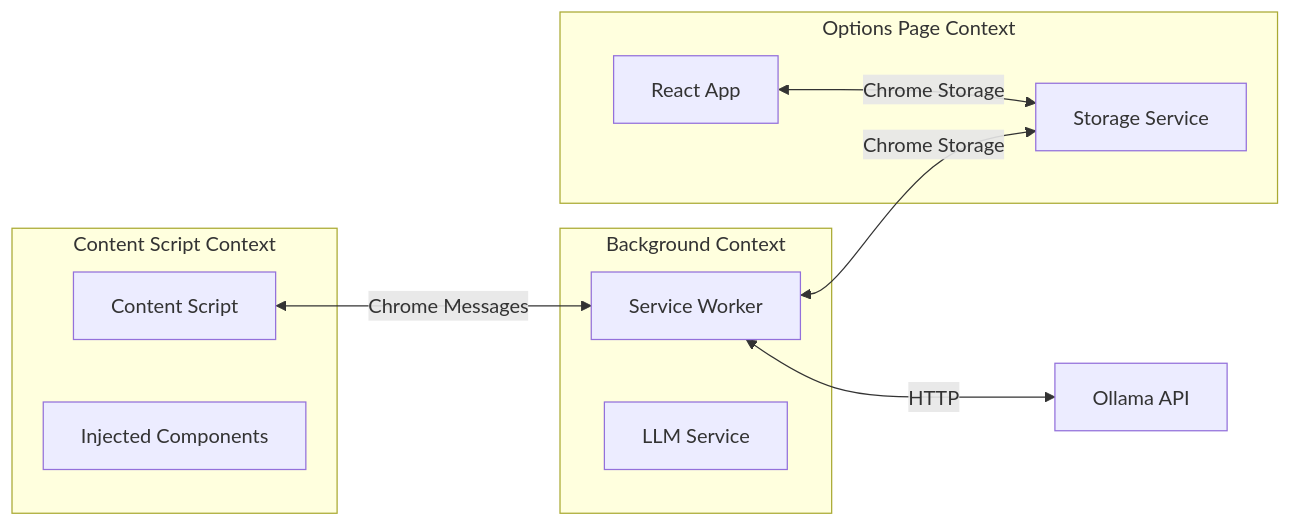
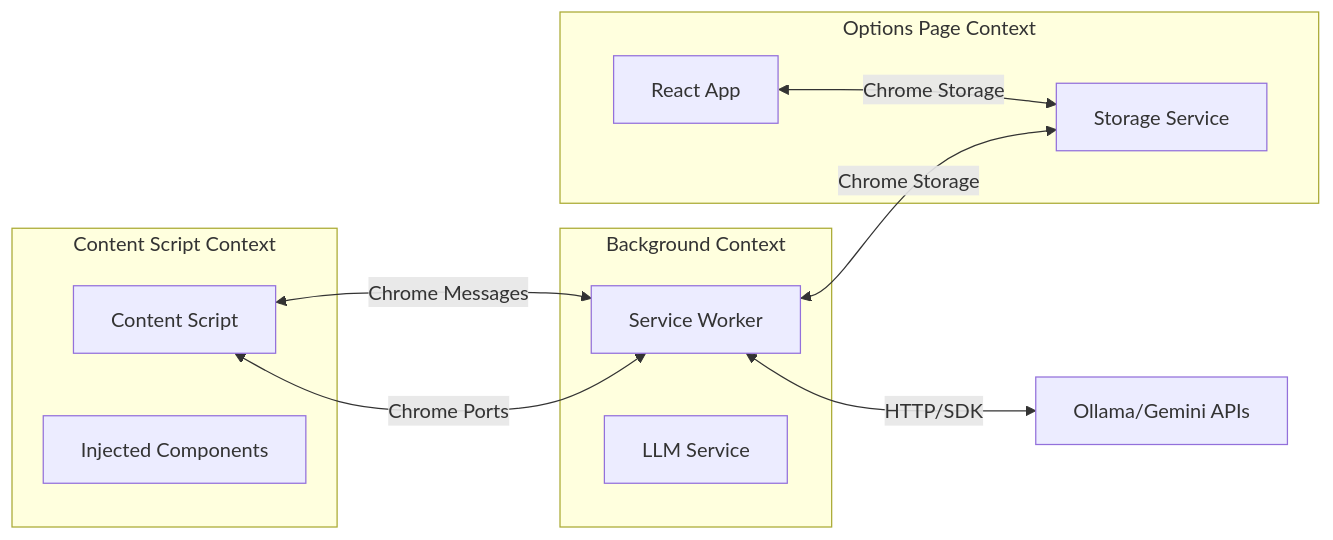
The diagram in docs/Phase 1 - Foundation.md (mohannadzidan/superfit), drawn with Mermaid before and after one commit. The commit also changed 13 other files, not shown here.

````diff
--- a/docs/Phase 1 - Foundation.md
+++ b/docs/Phase 1 - Foundation.md
@@ -56,22 +56,23 @@
 ```mermaid
 flowchart LR
     subgraph ContentScript["Content Script Context"]
         CS[Content Script]
         InjectedUI[Injected Components]
     end
     
     subgraph BackgroundScript["Background Context"]
         BG[Service Worker]
         LLMService[LLM Service]
     end
     
     subgraph OptionsPage["Options Page Context"]
         OP[React App]
         Storage[Storage Service]
     end
     
     CS <-->|Chrome Messages| BG
+    CS <-->|Chrome Ports| BG
     OP <-->|Chrome Storage| Storage
     BG <-->|Chrome Storage| Storage
-    BG <-->|HTTP| External[Ollama API]
+    BG <-->|HTTP/SDK| External[Ollama/Gemini APIs]
 ```
````
